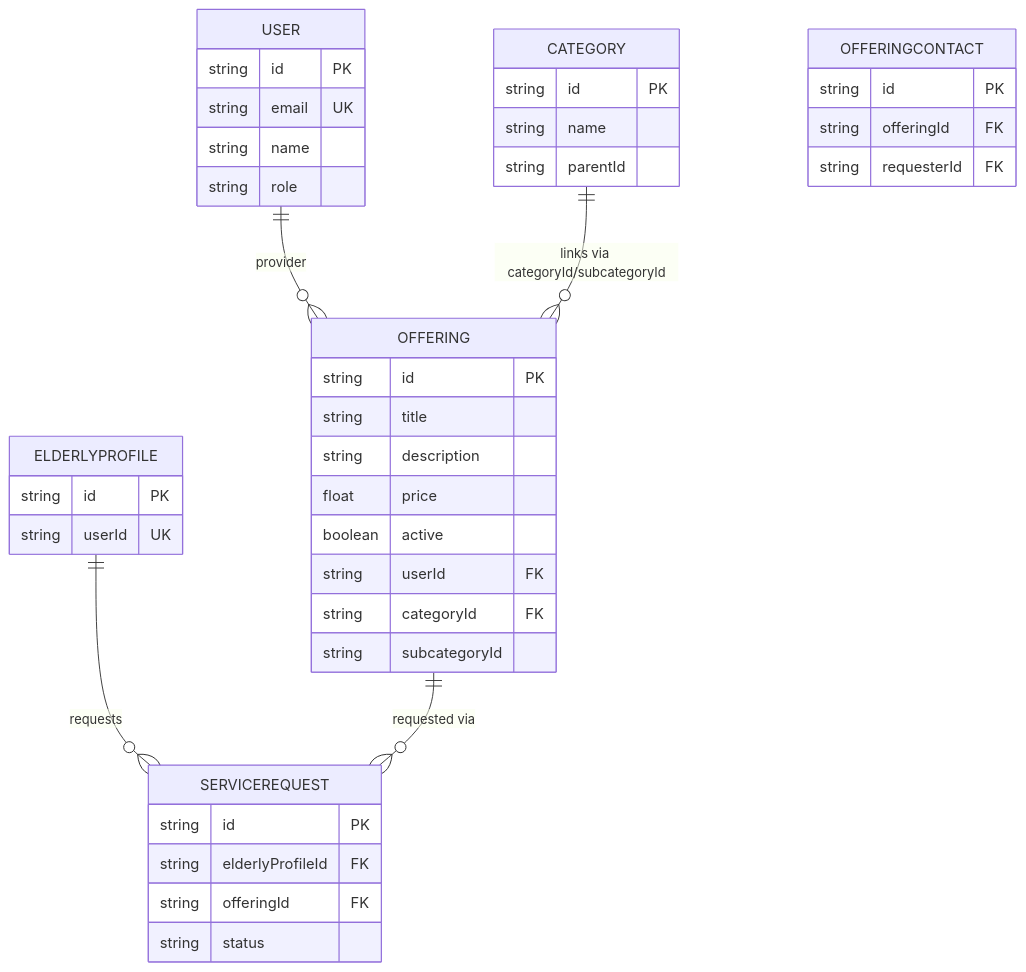
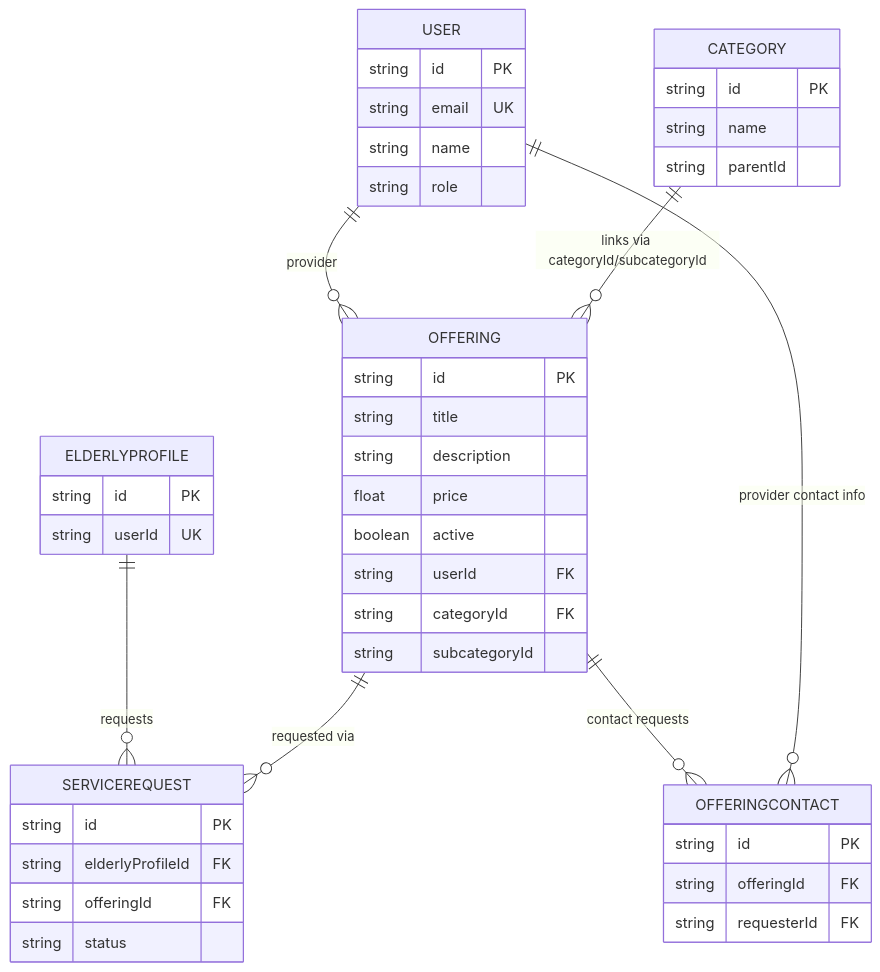
The eighth of 8 diagrams in .qoder/repowiki/en/content/Service Marketplace.md (jairosouza67/99-Pai), drawn with Mermaid before and after one commit. The commit also changed other lines of this file and 17 other files, not shown here.

````diff
--- a/.qoder/repowiki/en/content/Service Marketplace.md
+++ b/.qoder/repowiki/en/content/Service Marketplace.md
@@ -336,43 +459,45 @@
 ```mermaid
 erDiagram
 USER {
 string id PK
 string email UK
 string name
 string role
 }
 ELDERLYPROFILE {
 string id PK
 string userId UK
 }
 CATEGORY {
 string id PK
 string name
 string parentId
 }
 OFFERING {
 string id PK
 string title
 string description
 float price
 boolean active
 string userId FK
 string categoryId FK
 string subcategoryId
 }
 OFFERINGCONTACT {
 string id PK
 string offeringId FK
 string requesterId FK
 }
 SERVICEREQUEST {
 string id PK
 string elderlyProfileId FK
 string offeringId FK
 string status
 }
 USER ||--o{ OFFERING : "provider"
 CATEGORY ||--o{ OFFERING : "links via categoryId/subcategoryId"
 ELDERLYPROFILE ||--o{ SERVICEREQUEST : "requests"
 OFFERING ||--o{ SERVICEREQUEST : "requested via"
+OFFERING ||--o{ OFFERINGCONTACT : "contact requests"
+USER ||--o{ OFFERINGCONTACT : "provider contact info"
 ```
````
